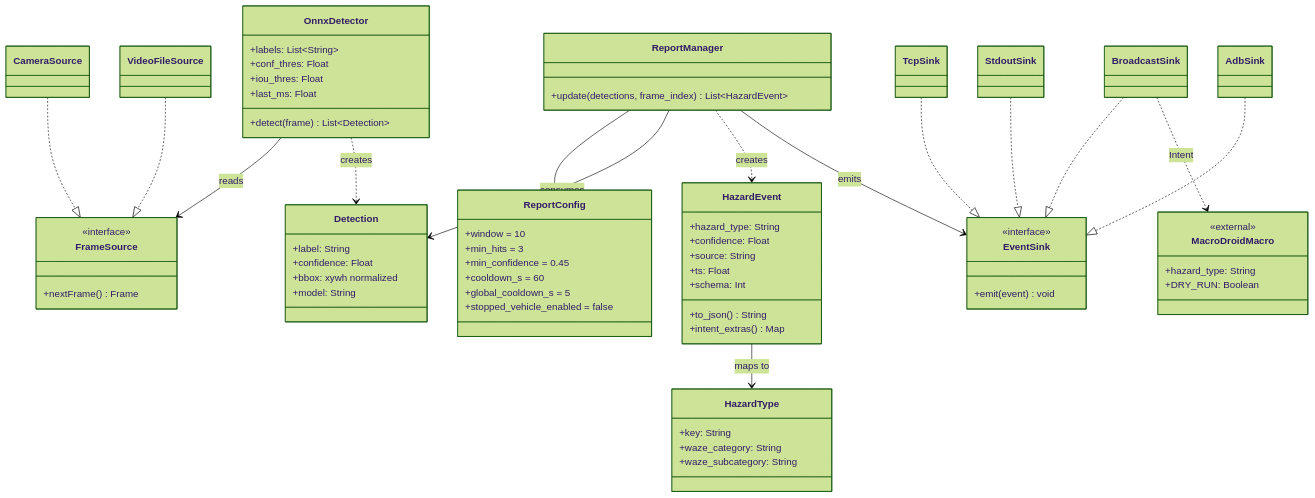
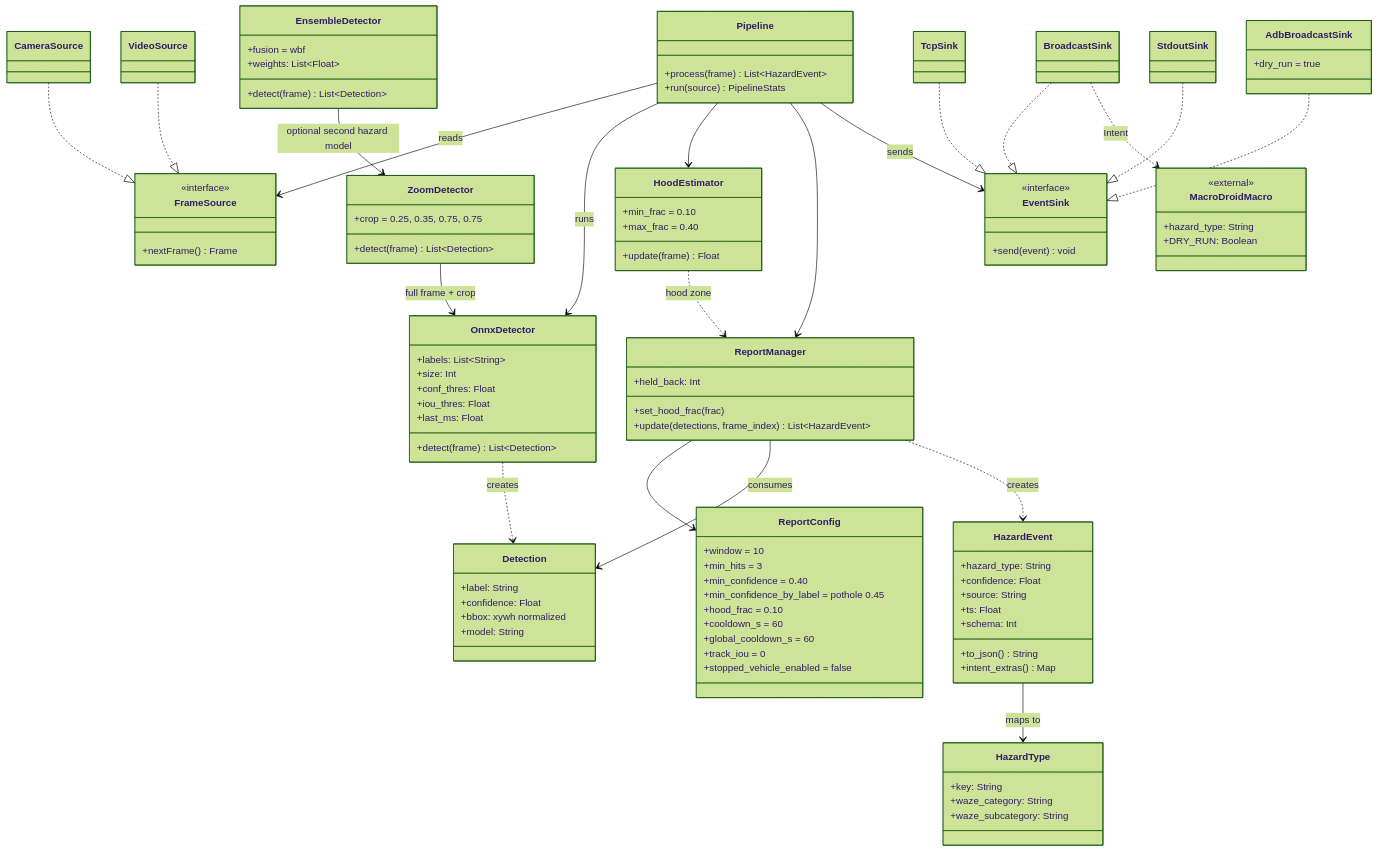
The diagram in docs/diagrams/03_class.mmd (blakepennel/wazeomatic), drawn with Mermaid (forest theme) before and after one commit. The commit also changed 22 other files, not shown here.

```diff
--- a/docs/diagrams/03_class.mmd
+++ b/docs/diagrams/03_class.mmd
@@ -1,75 +1,107 @@
 classDiagram
     direction TB
 
     class FrameSource {
         <<interface>>
         +nextFrame() Frame
     }
     class CameraSource
-    class VideoFileSource
+    class VideoSource
     class OnnxDetector {
         +labels: List~String~
+        +size: Int
         +conf_thres: Float
         +iou_thres: Float
         +last_ms: Float
         +detect(frame) List~Detection~
+    }
+    class ZoomDetector {
+        +crop = 0.25, 0.35, 0.75, 0.75
+        +detect(frame) List~Detection~
+    }
+    class EnsembleDetector {
+        +fusion = wbf
+        +weights: List~Float~
+        +detect(frame) List~Detection~
+    }
+    class HoodEstimator {
+        +min_frac = 0.10
+        +max_frac = 0.40
+        +update(frame) Float
     }
     class Detection {
         +label: String
         +confidence: Float
         +bbox: xywh normalized
         +model: String
     }
+    class Pipeline {
+        +process(frame) List~HazardEvent~
+        +run(source) PipelineStats
+    }
     class ReportConfig {
         +window = 10
         +min_hits = 3
-        +min_confidence = 0.45
+        +min_confidence = 0.40
+        +min_confidence_by_label = pothole 0.45
+        +hood_frac = 0.10
         +cooldown_s = 60
-        +global_cooldown_s = 5
+        +global_cooldown_s = 60
+        +track_iou = 0
         +stopped_vehicle_enabled = false
     }
     class ReportManager {
+        +held_back: Int
+        +set_hood_frac(frac)
         +update(detections, frame_index) List~HazardEvent~
     }
     class HazardType {
         +key: String
         +waze_category: String
         +waze_subcategory: String
     }
     class HazardEvent {
         +hazard_type: String
         +confidence: Float
         +source: String
         +ts: Float
         +schema: Int
         +to_json() String
         +intent_extras() Map
     }
     class EventSink {
         <<interface>>
-        +emit(event) void
+        +send(event) void
     }
     class BroadcastSink
     class TcpSink
     class StdoutSink
-    class AdbSink
+    class AdbBroadcastSink {
+        +dry_run = true
+    }
     class MacroDroidMacro {
         <<external>>
         +hazard_type: String
         +DRY_RUN: Boolean
     }
 
     CameraSource ..|> FrameSource
-    VideoFileSource ..|> FrameSource
-    OnnxDetector --> FrameSource : reads
+    VideoSource ..|> FrameSource
+    Pipeline --> FrameSource : reads
+    Pipeline --> OnnxDetector : runs
+    Pipeline --> HoodEstimator
+    Pipeline --> ReportManager
+    Pipeline --> EventSink : sends
+    ZoomDetector --> OnnxDetector : full frame + crop
+    EnsembleDetector --> ZoomDetector : optional second hazard model
     OnnxDetector ..> Detection : creates
+    HoodEstimator ..> ReportManager : hood zone
     ReportManager --> ReportConfig
     ReportManager --> Detection : consumes
     ReportManager ..> HazardEvent : creates
     HazardEvent --> HazardType : maps to
     BroadcastSink ..|> EventSink
     TcpSink ..|> EventSink
     StdoutSink ..|> EventSink
-    AdbSink ..|> EventSink
-    ReportManager --> EventSink : emits
+    AdbBroadcastSink ..|> EventSink
     BroadcastSink ..> MacroDroidMacro : Intent
```
